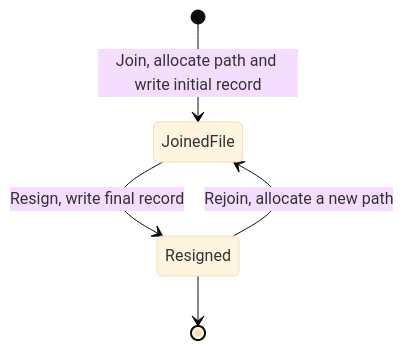
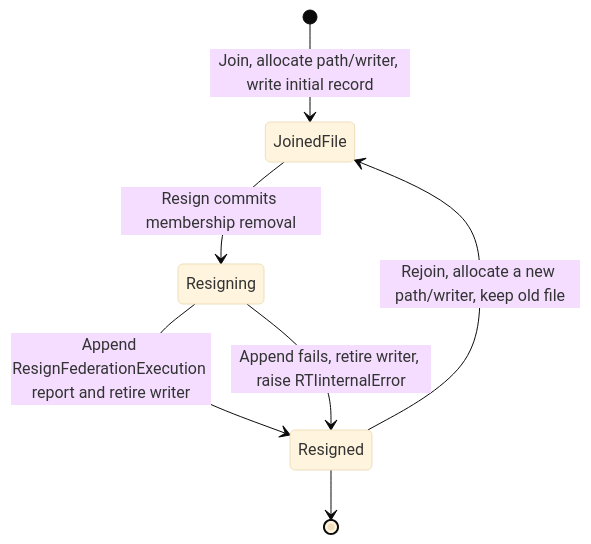
Diagram 13 of 17 in docs/design/HLA-2025-SERVICE-INVOCATION-REPORTING-FLOW-GUIDE.md (sheepfling/umbra), drawn with Mermaid (base theme) before and after one commit. The commit also changed other lines of this file and 21 other files, not shown here.

Commit message:
docs: publish 2025 HLA flow guide update

````diff
--- a/docs/design/HLA-2025-SERVICE-INVOCATION-REPORTING-FLOW-GUIDE.md
+++ b/docs/design/HLA-2025-SERVICE-INVOCATION-REPORTING-FLOW-GUIDE.md
@@ -567,7 +998,9 @@
 ```mermaid
 stateDiagram-v2
-  [*] --> JoinedFile: Join, allocate path and write initial record
-  JoinedFile --> Resigned: Resign, write final record
-  Resigned --> JoinedFile: Rejoin, allocate a new path
+  [*] --> JoinedFile: Join, allocate path/writer, write initial record
+  JoinedFile --> Resigning: Resign commits membership removal
+  Resigning --> Resigned: Append ResignFederationExecution report and retire writer
+  Resigning --> Resigned: Append fails, retire writer, raise RTIinternalError
+  Resigned --> JoinedFile: Rejoin, allocate a new path/writer, keep old file
   Resigned --> [*]
 ```
````
